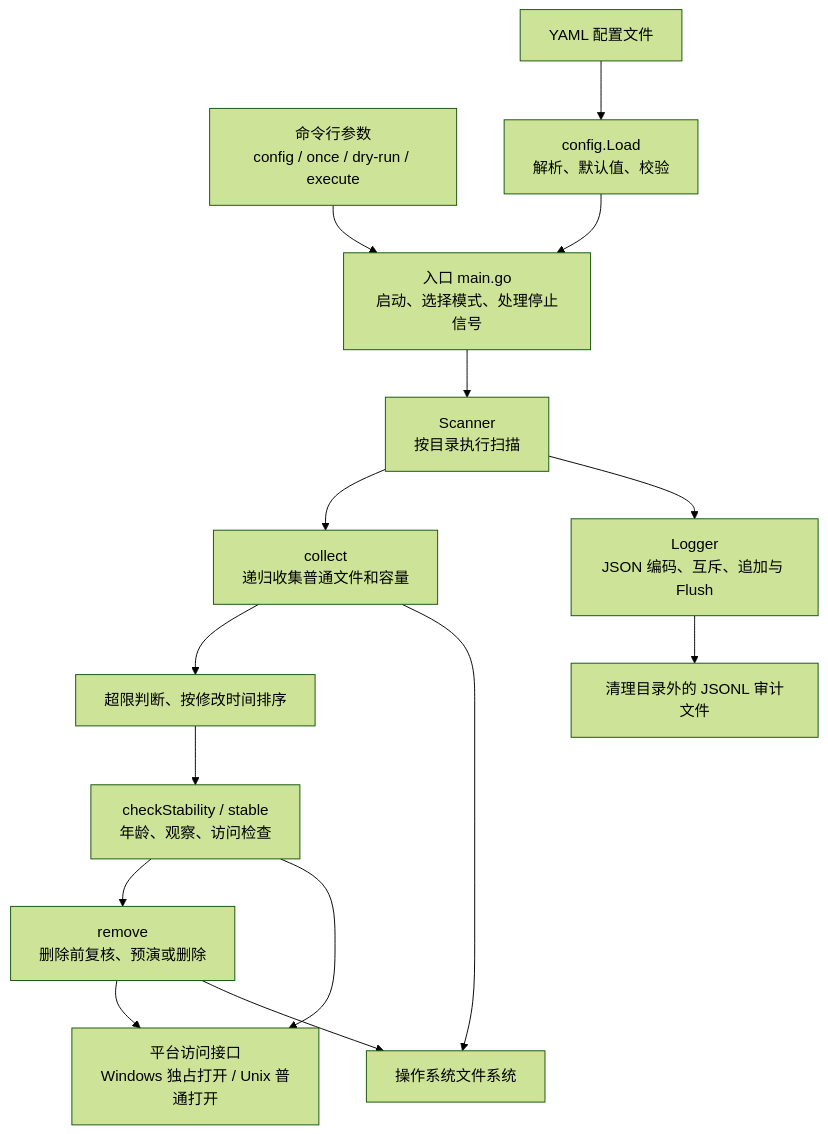
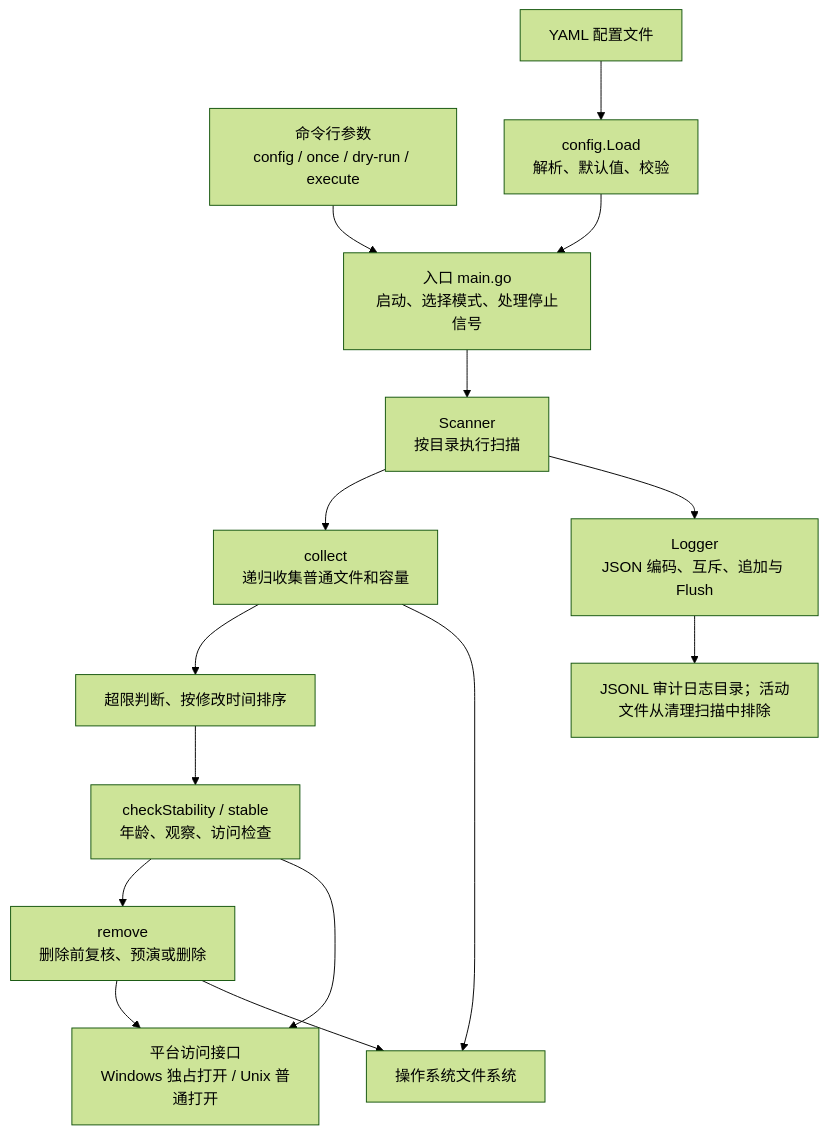
One commit to ISkywalkerI/directory-cleaner changed the first of 8 diagrams in docs/program-explained.zh-CN.md. Above: the diagram before and after it, drawn with Mermaid (forest theme). The commit also changed other lines of this file and 14 other files, not shown here.

````diff
--- a/docs/program-explained.zh-CN.md
+++ b/docs/program-explained.zh-CN.md
@@ -51,17 +51,17 @@
 ```mermaid
 flowchart TD
     CLI["命令行参数<br/>config / once / dry-run / execute"] --> Main["入口 main.go<br/>启动、选择模式、处理停止信号"]
     YAML["YAML 配置文件"] --> Config["config.Load<br/>解析、默认值、校验"]
     Config --> Main
     Main --> Scanner["Scanner<br/>按目录执行扫描"]
     Scanner --> Collect["collect<br/>递归收集普通文件和容量"]
     Collect --> Plan["超限判断、按修改时间排序"]
     Plan --> Check["checkStability / stable<br/>年龄、观察、访问检查"]
     Check --> Remove["remove<br/>删除前复核、预演或删除"]
     Check --> Platform["平台访问接口<br/>Windows 独占打开 / Unix 普通打开"]
     Remove --> Platform
     Scanner --> Logger["Logger<br/>JSON 编码、互斥、追加与 Flush"]
-    Logger --> Audit["清理目录外的 JSONL 审计文件"]
+    Logger --> Audit["JSONL 审计日志目录；活动文件从清理扫描中排除"]
     Collect --> FS["操作系统文件系统"]
     Remove --> FS
 ```
````
